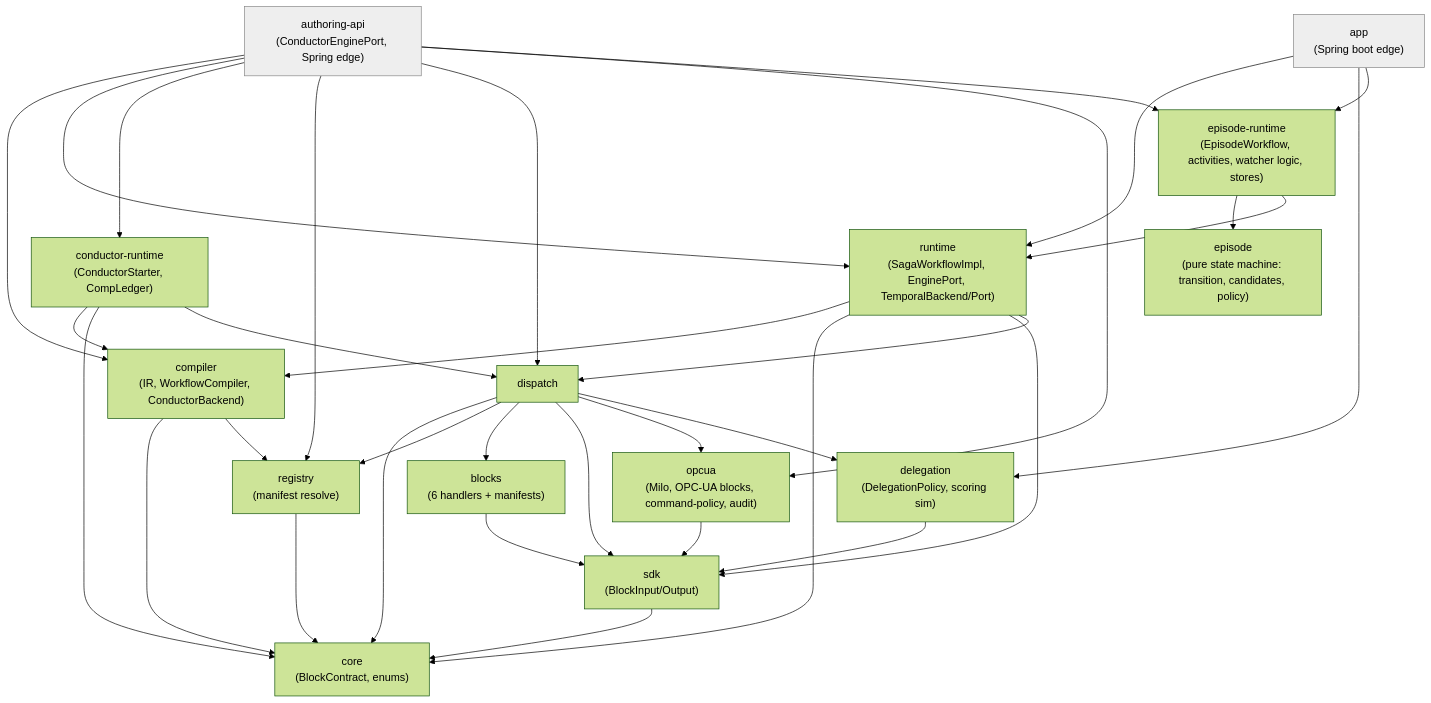
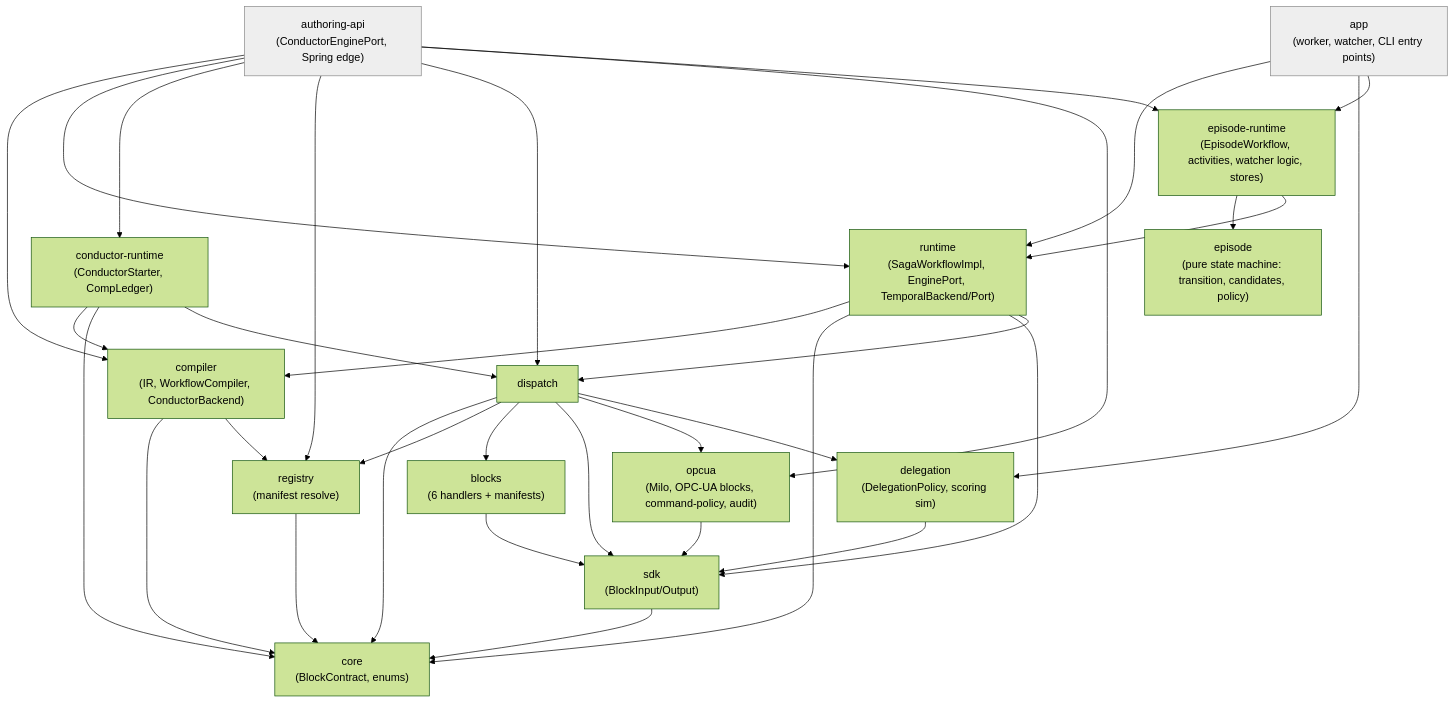
The fifth of 6 diagrams in docs/architecture.md (yggdrasil-iiot/hermod), drawn with Mermaid (forest theme) before and after one commit. The commit also changed other lines of this file and 4 other files, not shown here.

````diff
--- a/docs/architecture.md
+++ b/docs/architecture.md
@@ -241,53 +271,53 @@
 ```mermaid
 flowchart TD
   core["core<br/>(BlockContract, enums)"]
   sdk["sdk<br/>(BlockInput/Output)"]
   registry["registry<br/>(manifest resolve)"]
   blocks["blocks<br/>(6 handlers + manifests)"]
   dispatch["dispatch"]
   compiler["compiler<br/>(IR, WorkflowCompiler, ConductorBackend)"]
   runtime["runtime<br/>(SagaWorkflowImpl, EnginePort, TemporalBackend/Port)"]
   conductorrt["conductor-runtime<br/>(ConductorStarter, CompLedger)"]
   api["authoring-api<br/>(ConductorEnginePort, Spring edge)"]
-  app["app<br/>(Spring boot edge)"]
+  app["app<br/>(worker, watcher, CLI entry points)"]
   opcua["opcua<br/>(Milo, OPC-UA blocks, command-policy, audit)"]
   delegation["delegation<br/>(DelegationPolicy, scoring sim)"]
   episode["episode<br/>(pure state machine: transition, candidates, policy)"]
   episodert["episode-runtime<br/>(EpisodeWorkflow, activities, watcher logic, stores)"]
 
   sdk --> core
   registry --> core
   blocks --> sdk
   dispatch --> core
   dispatch --> registry
   dispatch --> blocks
   dispatch --> sdk
   dispatch --> opcua
   opcua --> sdk
   compiler --> core
   compiler --> registry
   runtime --> compiler
   runtime --> core
   runtime --> sdk
   runtime --> dispatch
   conductorrt --> compiler
   conductorrt --> core
   conductorrt --> dispatch
   api --> compiler
   api --> runtime
   api --> conductorrt
   api --> registry
   api --> dispatch
   api --> opcua
   app --> runtime
   delegation --> sdk
   dispatch --> delegation
   app --> delegation
   episodert --> episode
   episodert --> runtime
   app --> episodert
   api --> episodert
 
   classDef edge fill:#eee,stroke:#888;
   class api,app edge;
 ```
````
